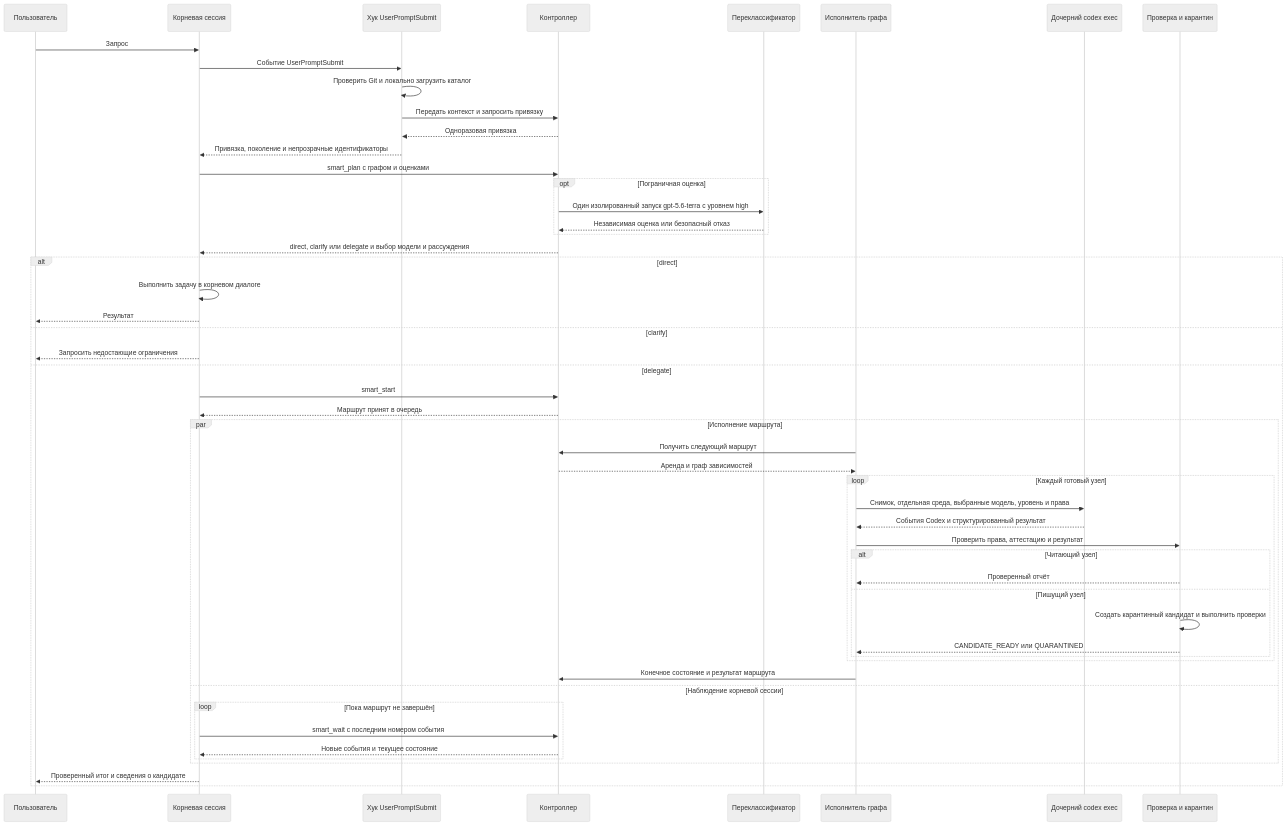
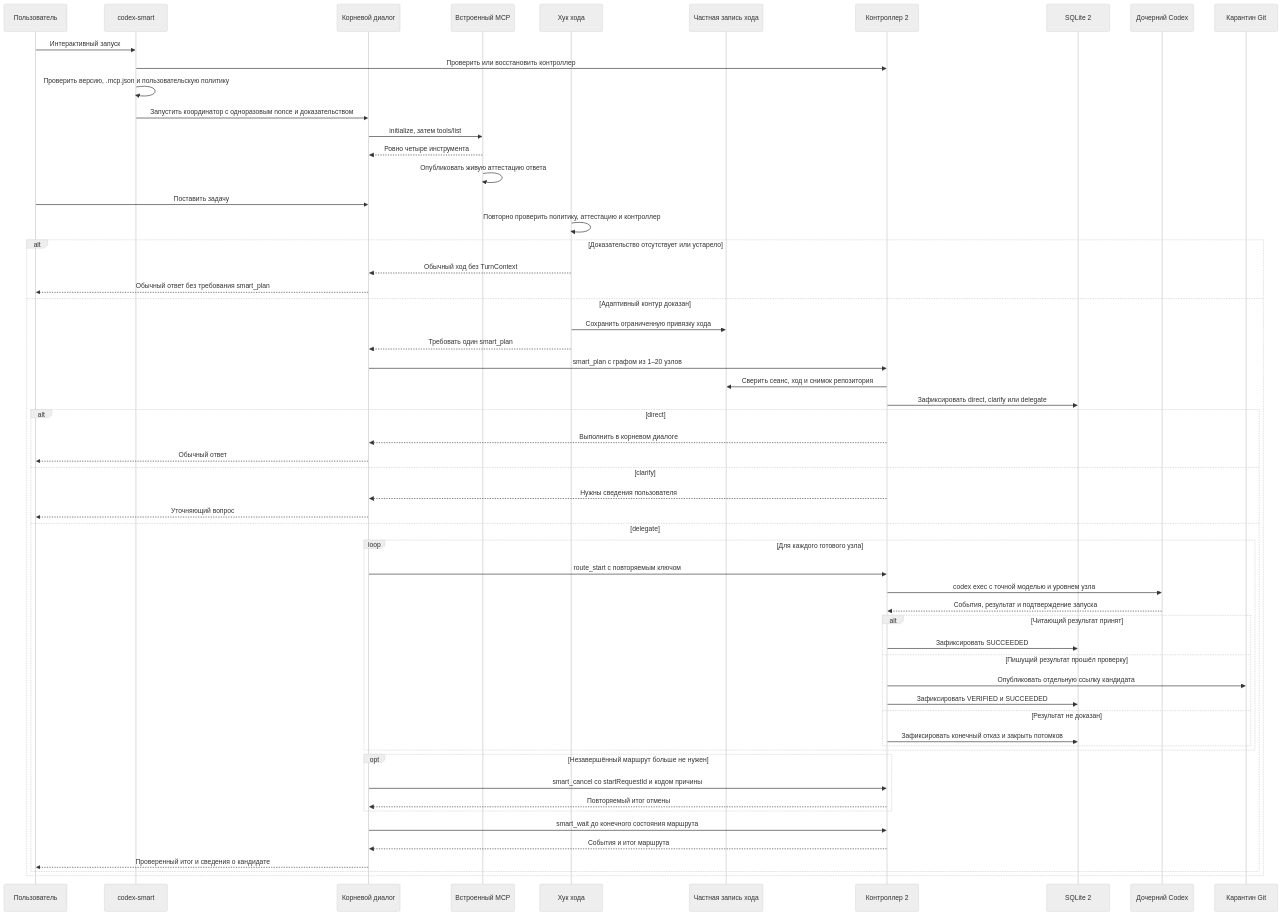
Before and after one commit to RussianLioN/codex-settings: the first of 2 diagrams in plugins/codex-smart-subagents/README.md, drawn with Mermaid (neutral theme). The commit also changed other lines of this file and 291 other files, not shown here.

````diff
--- a/plugins/codex-smart-subagents/README.md
+++ b/plugins/codex-smart-subagents/README.md
@@ -29,58 +90,61 @@
 ```mermaid
 sequenceDiagram
     participant U as Пользователь
-    participant R as Корневая сессия
-    participant H as Хук UserPromptSubmit
-    participant C as Контроллер
-    participant B as Переклассификатор
-    participant E as Исполнитель графа
-    participant X as Дочерний codex exec
-    participant Q as Проверка и карантин
+    participant W as codex-smart
+    participant R as Корневой диалог
+    participant M as Встроенный MCP
+    participant H as Хук хода
+    participant T as Частная запись хода
+    participant C as Контроллер 2
+    participant D as SQLite 2
+    participant X as Дочерний Codex
+    participant Q as Карантин Git
 
-    U->>R: Запрос
-    R->>H: Событие UserPromptSubmit
-    H->>H: Проверить Git и локально загрузить каталог
-    H->>C: Передать контекст и запросить привязку
-    C-->>H: Одноразовая привязка
-    H-->>R: Привязка, поколение и непрозрачные идентификаторы
-    R->>C: smart_plan с графом и оценками
-
-    opt Пограничная оценка
-        C->>B: Один изолированный запуск gpt-5.6-terra с уровнем high
-        B-->>C: Независимая оценка или безопасный отказ
-    end
-
-    C-->>R: direct, clarify или delegate и выбор модели и рассуждения
-
+    U->>W: Интерактивный запуск
+    W->>C: Проверить или восстановить контроллер
+    W->>W: Проверить версию, .mcp.json и пользовательскую политику
+    W->>R: Запустить координатор с одноразовым nonce и доказательством
+    R->>M: initialize, затем tools/list
+    M-->>R: Ровно четыре инструмента
+    M->>M: Опубликовать живую аттестацию ответа
+    U->>R: Поставить задачу
+    H->>H: Повторно проверить политику, аттестацию и контроллер
+    alt Доказательство отсутствует или устарело
+        H-->>R: Обычный ход без TurnContext
+        R-->>U: Обычный ответ без требования smart_plan
+    else Адаптивный контур доказан
+        H->>T: Сохранить ограниченную привязку хода
+        H-->>R: Требовать один smart_plan
+    R->>C: smart_plan с графом из 1–20 узлов
+    C->>T: Сверить сеанс, ход и снимок репозитория
+    C->>D: Зафиксировать direct, clarify или delegate
     alt direct
-        R->>R: Выполнить задачу в корневом диалоге
-        R-->>U: Результат
+        C-->>R: Выполнить в корневом диалоге
+        R-->>U: Обычный ответ
     else clarify
-        R-->>U: Запросить недостающие ограничения
+        C-->>R: Нужны сведения пользователя
+        R-->>U: Уточняющий вопрос
     else delegate
-        R->>C: smart_start
-        C-->>R: Маршрут принят в очередь
-        par Исполнение маршрута
-            E->>C: Получить следующий маршрут
-            C-->>E: Аренда и граф зависимостей
-            loop Каждый готовый узел
-                E->>X: Снимок, отдельная среда, выбранные модель, уровень и права
-                X-->>E: События Codex и структурированный результат
-                E->>Q: Проверить права, аттестацию и результат
-                alt Читающий узел
-                    Q-->>E: Проверенный отчёт
-                else Пишущий узел
-                    Q->>Q: Создать карантинный кандидат и выполнить проверки
-                    Q-->>E: CANDIDATE_READY или QUARANTINED
-                end
-            end
-            E->>C: Конечное состояние и результат маршрута
-        and Наблюдение корневой сессии
-            loop Пока маршрут не завершён
-                R->>C: smart_wait с последним номером события
-                C-->>R: Новые события и текущее состояние
+        loop Для каждого готового узла
+            R->>C: route_start с повторяемым ключом
+            C->>X: codex exec с точной моделью и уровнем узла
+            X-->>C: События, результат и подтверждение запуска
+            alt Читающий результат принят
+                C->>D: Зафиксировать SUCCEEDED
+            else Пишущий результат прошёл проверку
+                C->>Q: Опубликовать отдельную ссылку кандидата
+                C->>D: Зафиксировать VERIFIED и SUCCEEDED
+            else Результат не доказан
+                C->>D: Зафиксировать конечный отказ и закрыть потомков
             end
         end
+        opt Незавершённый маршрут больше не нужен
+            R->>C: smart_cancel со startRequestId и кодом причины
+            C-->>R: Повторяемый итог отмены
+        end
+        R->>C: smart_wait до конечного состояния маршрута
+        C-->>R: События и итог маршрута
         R-->>U: Проверенный итог и сведения о кандидате
     end
+    end
 ```
````
